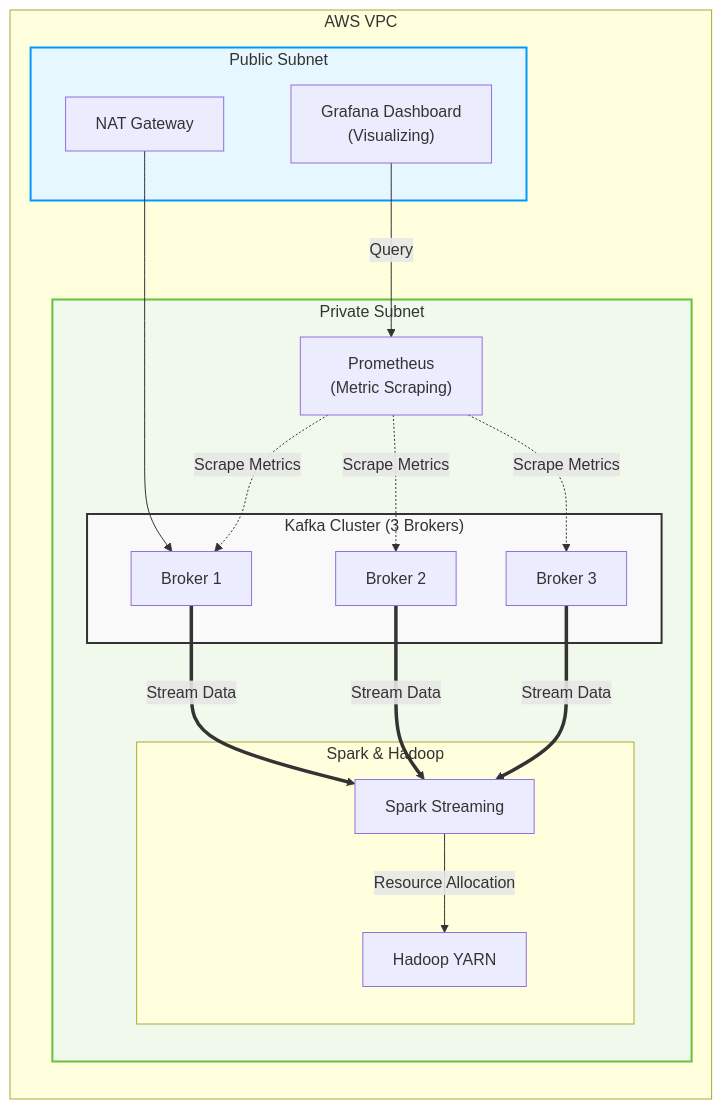
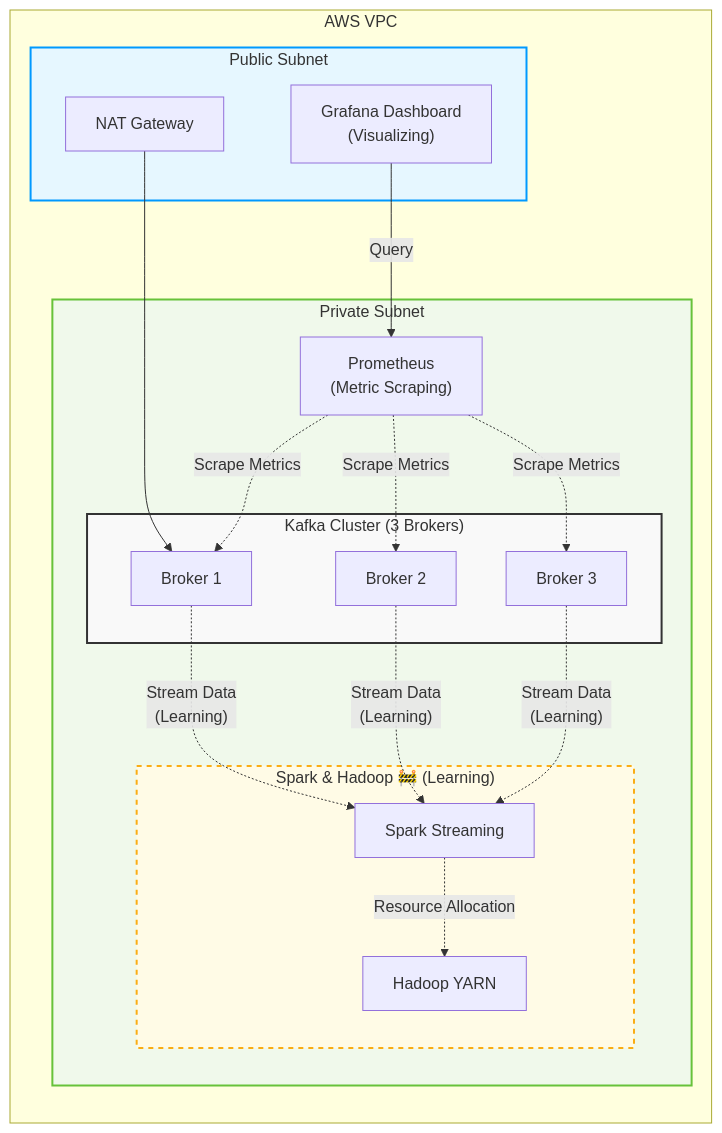
Before and after one commit to bsw1206/bsw1206: the first of 2 diagrams in README.md, drawn with Mermaid.

````diff
--- a/README.md
+++ b/README.md
@@ -62,39 +62,42 @@
 ```mermaid
 graph LR
     subgraph AWS_VPC ["AWS VPC"]
         subgraph Public_Subnet ["Public Subnet"]
             NAT["NAT Gateway"]
             Grafana["Grafana Dashboard<br/>(Visualizing)"]
         end
         
         subgraph Private_Subnet ["Private Subnet"]
             Prometheus["Prometheus<br/>(Metric Scraping)"]
             
             subgraph Kafka_Cluster ["Kafka Cluster (3 Brokers)"]
                 B1["Broker 1"]
                 B2["Broker 2"]
                 B3["Broker 3"]
             end
             
-            subgraph Spark_Hadoop ["Spark & Hadoop"]
+            subgraph Spark_Hadoop ["Spark & Hadoop 🚧 (Learning)"]
                 Spark["Spark Streaming"]
                 YARN["Hadoop YARN"]
             end
         end
     end
 
     NAT --> B1
     Prometheus -.->|"Scrape Metrics"| B1
     Prometheus -.->|"Scrape Metrics"| B2
     Prometheus -.->|"Scrape Metrics"| B3
     Grafana -->|"Query"| Prometheus
     
-    B1 ==>|"Stream Data"| Spark
-    B2 ==>|"Stream Data"| Spark
-    B3 ==>|"Stream Data"| Spark
-    Spark -->|"Resource Allocation"| YARN
+    %% 학습 중인 파트로 넘어가는 화살표를 점선(-.->)으로 변경하고 문구 추가
+    B1 -.->|"Stream Data<br/>(Learning)"| Spark
+    B2 -.->|"Stream Data<br/>(Learning)"| Spark
+    B3 -.->|"Stream Data<br/>(Learning)"| Spark
+    Spark -.->|"Resource Allocation"| YARN
 
     style Kafka_Cluster fill:#f9f9f9,stroke:#333,stroke-width:2px
     style Public_Subnet fill:#e6f7ff,stroke:#0099ff,stroke-width:2px
     style Private_Subnet fill:#f0f9eb,stroke:#67c23a,stroke-width:2px
+    %% 학습 중인 영역을 노란색 점선 테두리로 시각화
+    style Spark_Hadoop fill:#fffbe6,stroke:#faad14,stroke-width:2px,stroke-dasharray: 5 5
 ```
````
